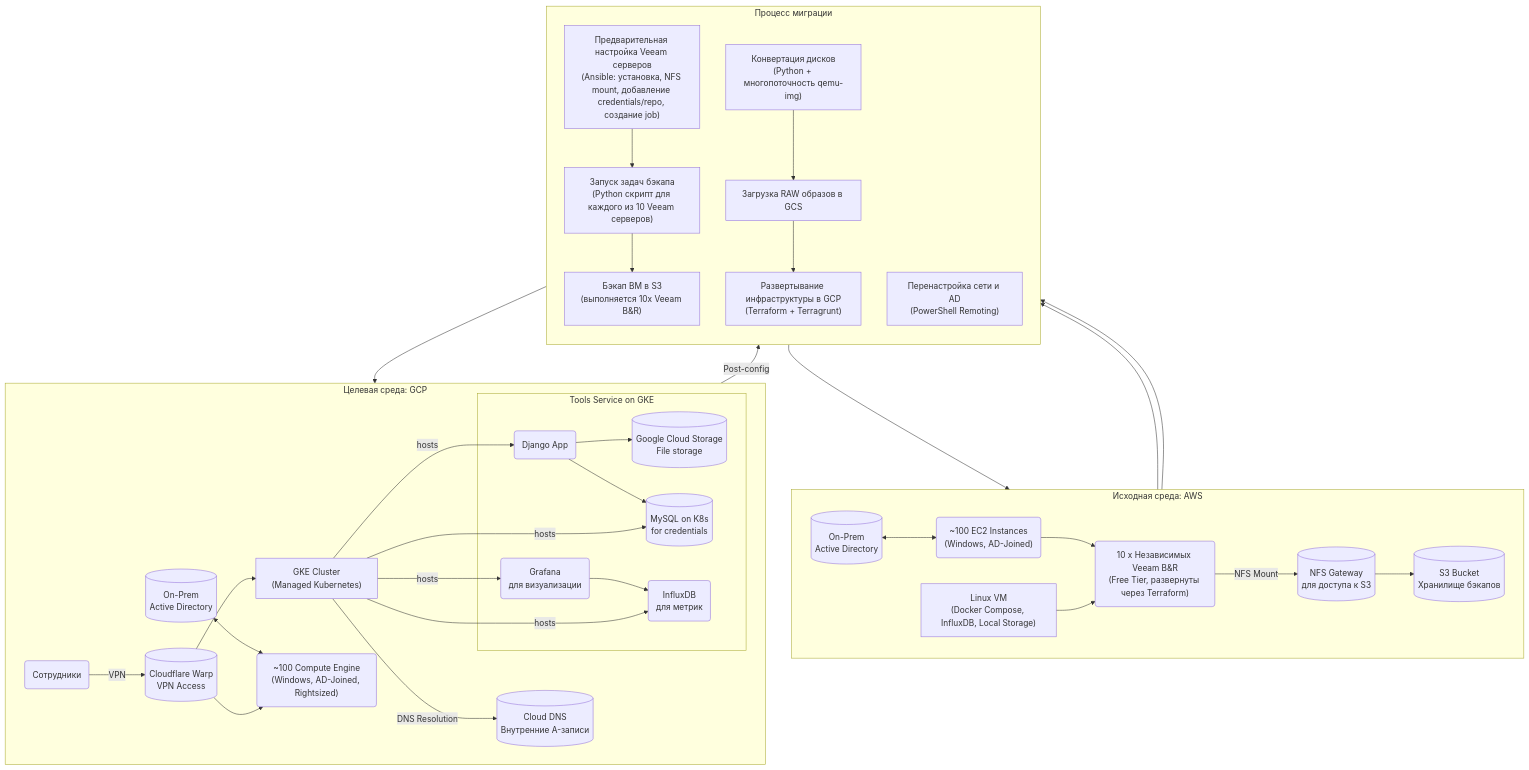
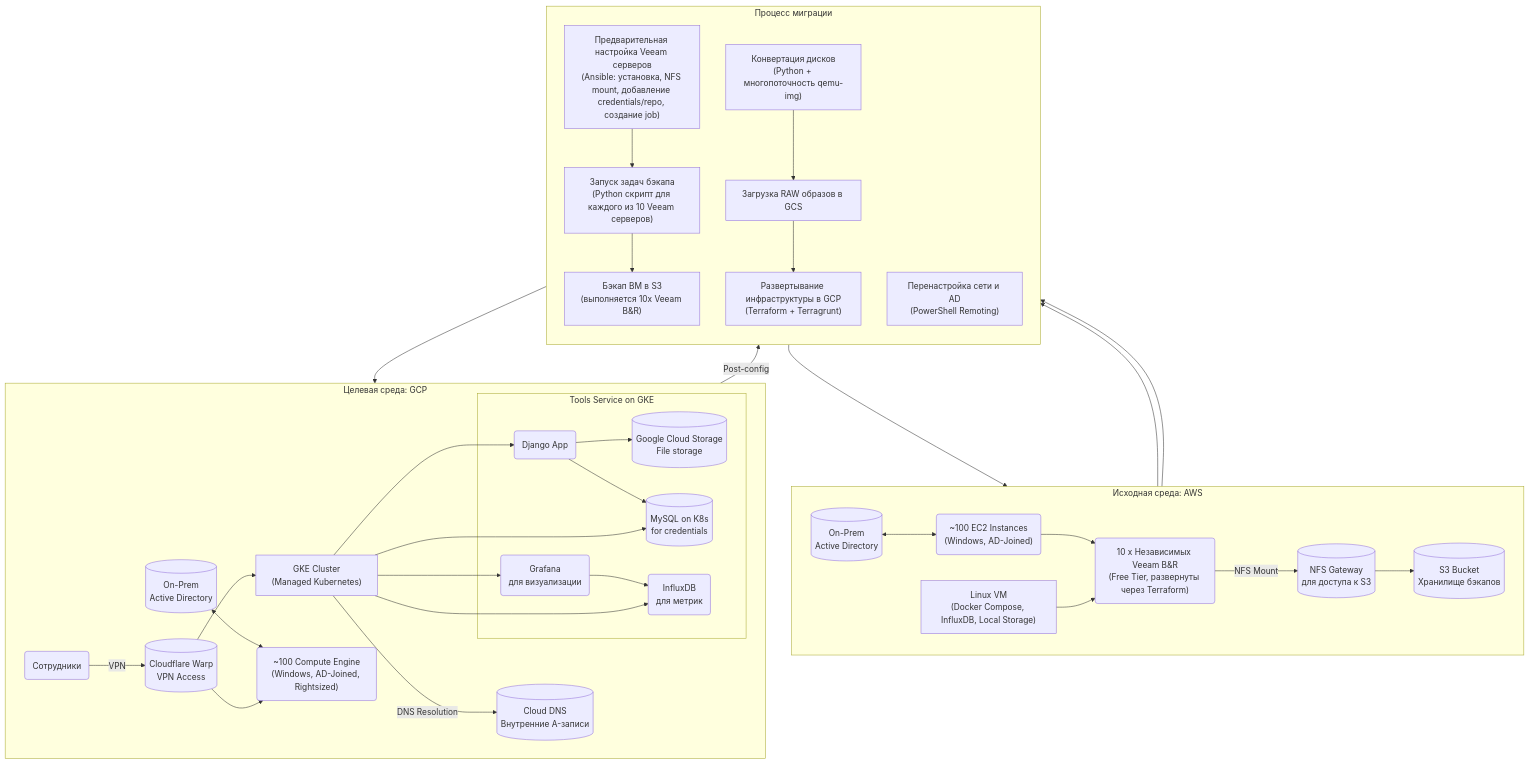
One commit to NeverTheSame/Y-TDD changed the diagram in README.md. Above: the diagram before and after it, drawn with Mermaid.

Commit message:
Fix mermaid 3

````diff
--- a/README.md
+++ b/README.md
@@ -64,70 +64,70 @@
 ```mermaid
 graph TD
     subgraph "Исходная среда: AWS"
         direction LR
         A_AD[("On-Prem<br>Active Directory")]
         A_EC2("~100 EC2 Instances<br>(Windows, AD-Joined)")
         A_Tools["Linux VM<br>(Docker Compose, InfluxDB, Local Storage)"]
         A_Veeam("10 x Независимых Veeam B&R<br>(Free Tier, развернуты через Terraform)")
         A_S3[("S3 Bucket<br>Хранилище бэкапов")]
         A_NFSGW[("NFS Gateway<br>для доступа к S3")]
 
         A_AD <--> A_EC2;
         A_EC2 --> A_Veeam;
         A_Tools --> A_Veeam;
         A_Veeam -- NFS Mount --> A_NFSGW;
         A_NFSGW --> A_S3;
     end
 
     subgraph "Целевая среда: GCP"
         direction LR
         G_AD[("On-Prem<br>Active Directory")]
         G_GCE("~100 Compute Engine<br>(Windows, AD-Joined, Rightsized)")
         G_GKE["GKE Cluster<br>(Managed Kubernetes)"]
         G_GCS[("Google Cloud Storage<br>File storage")]
         G_CloudDNS[("Cloud DNS<br>Внутренние A-записи")]
         G_Warp[("Cloudflare Warp<br>VPN Access")]
 
         subgraph "Tools Service on GKE"
             G_Django("Django App")
             G_InfluxDB("InfluxDB<br>для метрик")
             G_Grafana("Grafana<br>для визуализации")
             G_MySQLK8s[("MySQL on K8s<br>for credentials")]
             
             G_Django --> G_MySQLK8s;
             G_Django --> G_GCS;
             G_Grafana --> G_InfluxDB;
         end
 
-        G_GKE -- hosts --> G_Django;
-        G_GKE -- hosts --> G_InfluxDB;
-        G_GKE -- hosts --> G_Grafana;
-        G_GKE -- hosts --> G_MySQLK8s;
+        G_GKE --> G_Django;
+        G_GKE --> G_InfluxDB;
+        G_GKE --> G_Grafana;
+        G_GKE --> G_MySQLK8s;
         G_AD <--> G_GCE;
         G_Users("Сотрудники") -- VPN --> G_Warp;
         G_Warp --> G_GCE;
         G_Warp --> G_GKE;
         G_GKE -- DNS Resolution --> G_CloudDNS;
     end
 
     subgraph "Процесс миграции"
         direction TB
         P_PrepVeeam["Предварительная настройка Veeam серверов<br>(Ansible: установка, NFS mount, добавление credentials/repo, создание job)"]
         P_TriggerBackup["Запуск задач бэкапа<br>(Python скрипт для каждого из 10 Veeam серверов)"]
         P_S3Backup["Бэкап ВМ в S3<br>(выполняется 10x Veeam B&R)"]
         P_Convert["Конвертация дисков<br>(Python + многопоточность qemu-img)"]
         P_Upload["Загрузка RAW образов в GCS"]
         P_InfraDeploy["Развертывание инфраструктуры в GCP<br>(Terraform + Terragrunt)"]
         P_NetworkAD["Перенастройка сети и AD<br>(PowerShell Remoting)"]
     end
 
     A_Veeam --> P_PrepVeeam;
     P_PrepVeeam --> P_TriggerBackup;
     P_TriggerBackup --> P_S3Backup;
     P_S3Backup --> A_S3;
     A_S3 --> P_Convert;
     P_Convert --> P_Upload;
     P_Upload --> P_InfraDeploy;
     P_InfraDeploy --> G_GCE;
     G_GCE -- Post-config --> P_NetworkAD;
 ```
````
